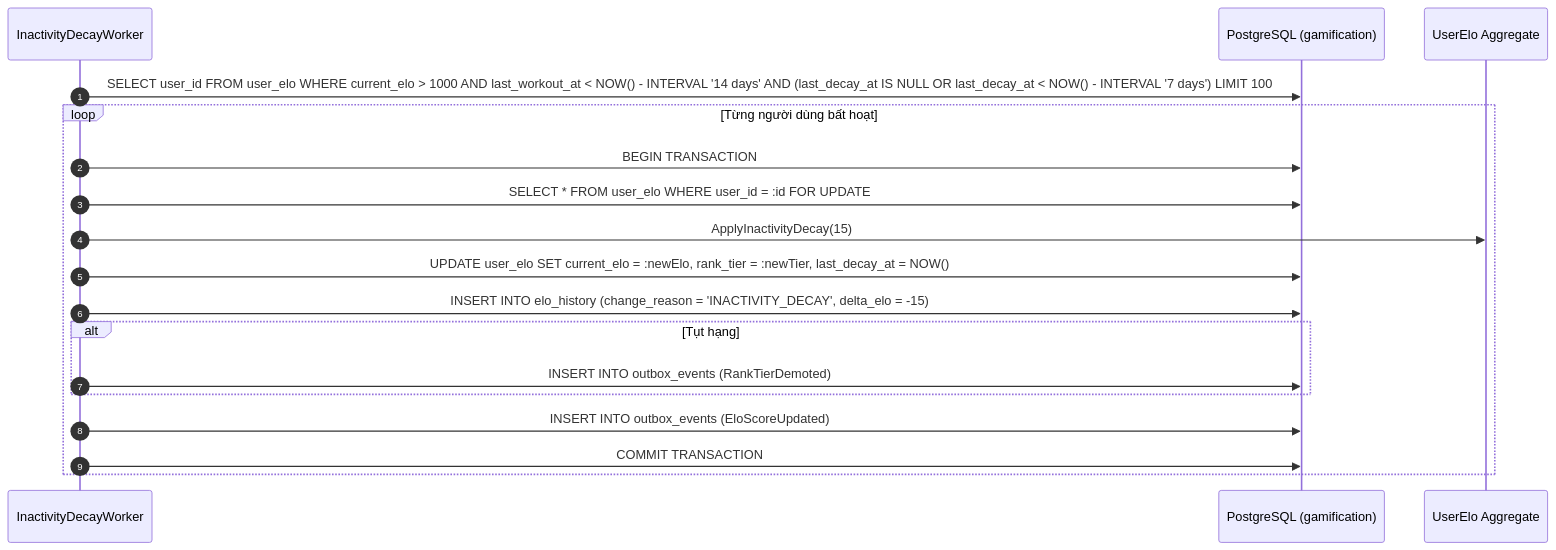
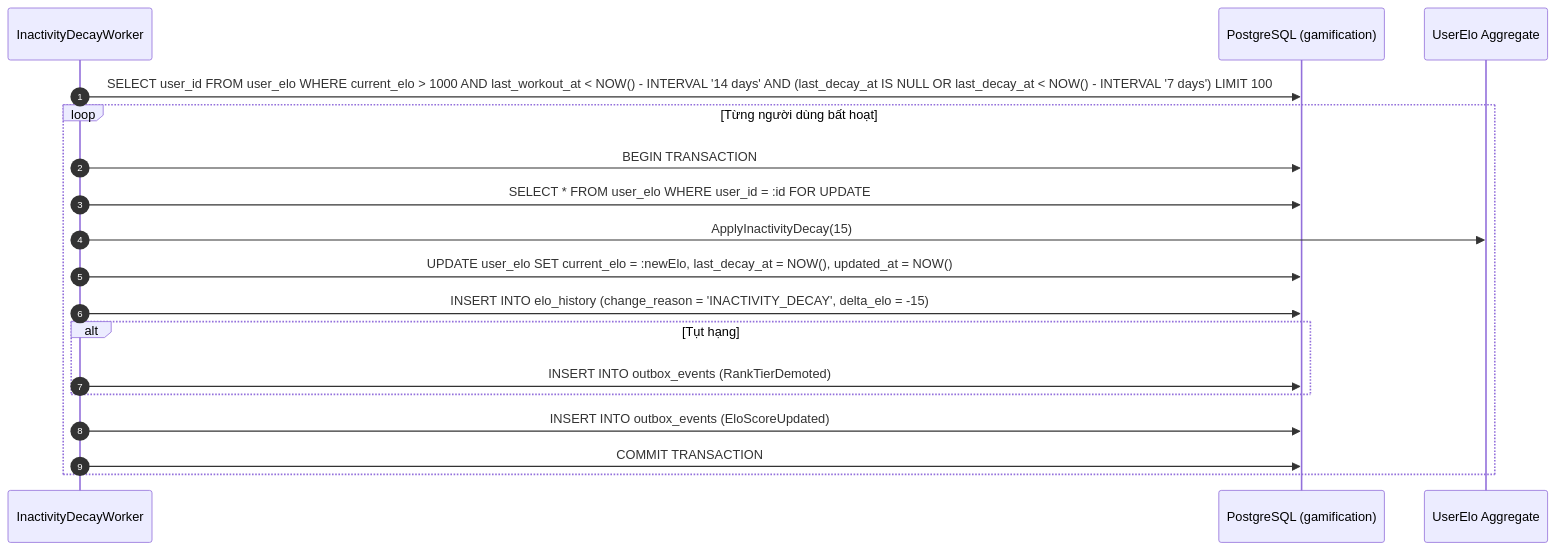
Before and after one commit to viethung213/gym-companion: the sixth of 7 diagrams in internal/gamification/docs/features/elo-and-rank-tiers/02-design.md, drawn with Mermaid. The commit also changed other lines of this file and 7 other files, not shown here.

First line of the commit message:
📝 docs(gamification): prune redundant schema and synchronize elo spec

````diff
--- a/internal/gamification/docs/features/elo-and-rank-tiers/02-design.md
+++ b/internal/gamification/docs/features/elo-and-rank-tiers/02-design.md
@@ -324,21 +307,21 @@
 ```mermaid
 sequenceDiagram
     autonumber
     participant Job as InactivityDecayWorker
     participant DB as PostgreSQL (gamification)
     participant Domain as UserElo Aggregate
 
     Job->>DB: SELECT user_id FROM user_elo WHERE current_elo > 1000 AND last_workout_at < NOW() - INTERVAL '14 days' AND (last_decay_at IS NULL OR last_decay_at < NOW() - INTERVAL '7 days') LIMIT 100
     loop Từng người dùng bất hoạt
         Job->>DB: BEGIN TRANSACTION
         Job->>DB: SELECT * FROM user_elo WHERE user_id = :id FOR UPDATE
         Job->>Domain: ApplyInactivityDecay(15)
-        Job->>DB: UPDATE user_elo SET current_elo = :newElo, rank_tier = :newTier, last_decay_at = NOW()
+        Job->>DB: UPDATE user_elo SET current_elo = :newElo, last_decay_at = NOW(), updated_at = NOW()
         Job->>DB: INSERT INTO elo_history (change_reason = 'INACTIVITY_DECAY', delta_elo = -15)
         alt Tụt hạng
             Job->>DB: INSERT INTO outbox_events (RankTierDemoted)
         end
         Job->>DB: INSERT INTO outbox_events (EloScoreUpdated)
         Job->>DB: COMMIT TRANSACTION
     end
 ```
````
